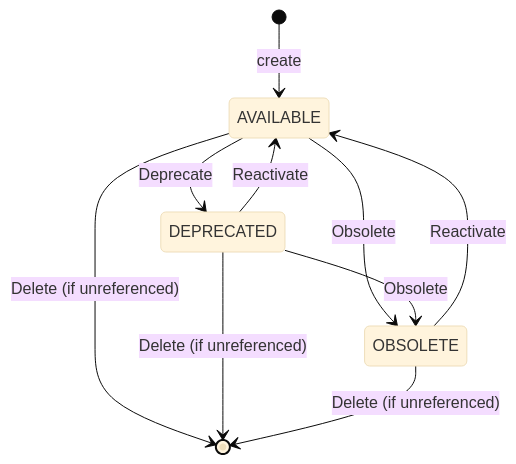
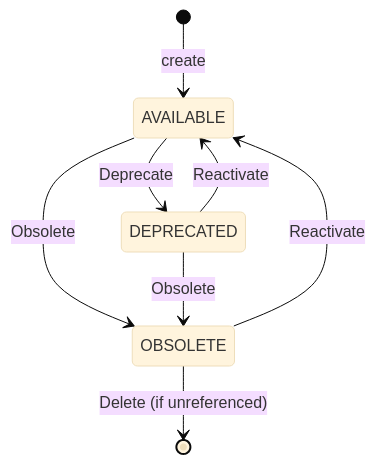
One commit to osac-project/enhancement-proposals changed the second of 2 diagrams in enhancements/OSAC-2540-disk-image/design-ui.md. Above: the diagram before and after it, drawn with Mermaid (base theme). The commit also changed other lines of this file, not shown here.

First line of the commit message:
OSAC-2540: address PR review — resolve open questions, gate delete to OBSOLETE

````diff
--- a/enhancements/OSAC-2540-disk-image/design-ui.md
+++ b/enhancements/OSAC-2540-disk-image/design-ui.md
@@ -187,12 +191,10 @@
 ```mermaid
 stateDiagram-v2
     [*] --> AVAILABLE: create
     AVAILABLE --> DEPRECATED: Deprecate
     AVAILABLE --> OBSOLETE: Obsolete
     DEPRECATED --> OBSOLETE: Obsolete
     DEPRECATED --> AVAILABLE: Reactivate
     OBSOLETE --> AVAILABLE: Reactivate
-    AVAILABLE --> [*]: Delete (if unreferenced)
-    DEPRECATED --> [*]: Delete (if unreferenced)
     OBSOLETE --> [*]: Delete (if unreferenced)
 ```
````
